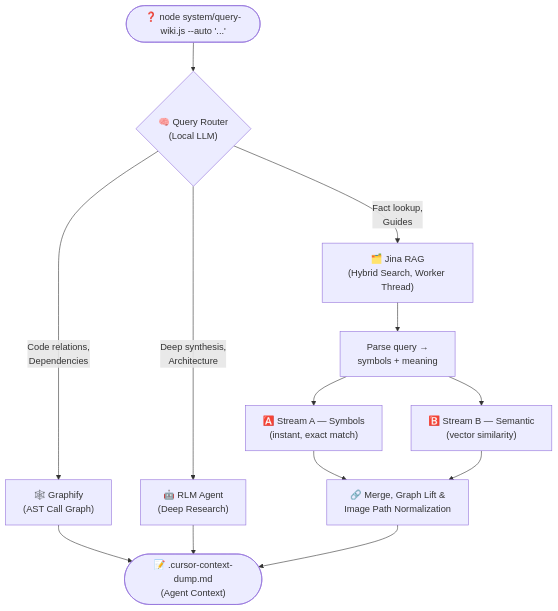
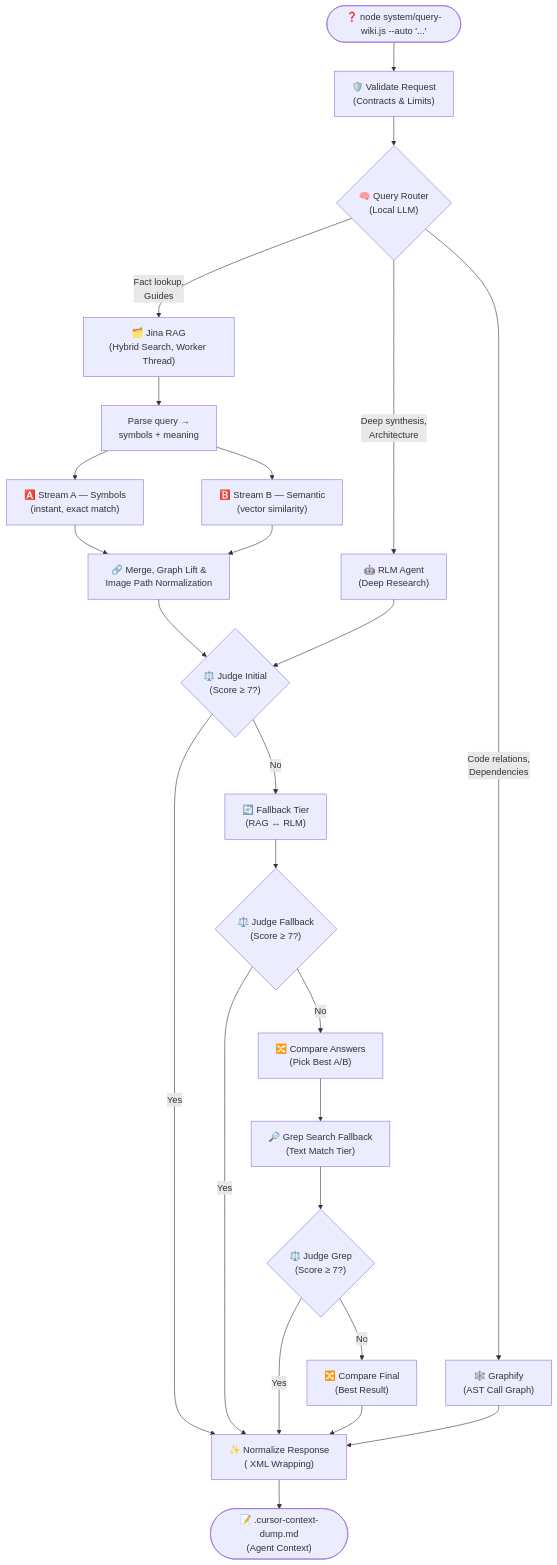
The eighth of 11 diagrams in README.md (gDavASko/DavASkoLLMWiki), drawn with Mermaid before and after one commit. The commit also changed other lines of this file and 22 other files, not shown here.

````diff
--- a/README.md
+++ b/README.md
@@ -207,15 +211,29 @@
 ```mermaid
 flowchart TD
-    Q(["❓ node system/query-wiki.js --auto '...'"]) --> ROUTER{"🧠 Query Router<br/>(Local LLM)"}
+    Q(["❓ node system/query-wiki.js --auto '...'"]) --> VAL["🛡️ Validate Request<br/>(Contracts & Limits)"]
+    VAL --> ROUTER{"🧠 Query Router<br/>(Local LLM)"}
     
     ROUTER -->|Code relations,<br/>Dependencies| G["🕸️ Graphify<br/>(AST Call Graph)"]
     ROUTER -->|Deep synthesis,<br/>Architecture| RLM["🤖 RLM Agent<br/>(Deep Research)"]
     ROUTER -->|Fact lookup,<br/>Guides| RAG["🗂️ Jina RAG<br/>(Hybrid Search, Worker Thread)"]
 
     RAG --> P["Parse query →<br/>symbols + meaning"]
     P --> A["🅰️ Stream A — Symbols<br/>(instant, exact match)"]
     P --> B["🅱️ Stream B — Semantic<br/>(vector similarity)"]
     A & B --> MERGE["🔗 Merge, Graph Lift &<br/>Image Path Normalization"]
 
-    G & RLM & MERGE --> DUMP(["📝 .cursor-context-dump.md<br/>(Agent Context)"])
+    MERGE & RLM --> J1{"⚖️ Judge Initial<br/>(Score ≥ 7?)"}
+    J1 -->|Yes| NORM["✨ Normalize Response<br/>(<document> XML Wrapping)"]
+    J1 -->|No| FB["🔄 Fallback Tier<br/>(RAG ↔ RLM)"]
+    FB --> J2{"⚖️ Judge Fallback<br/>(Score ≥ 7?)"}
+    J2 -->|Yes| NORM
+    J2 -->|No| CMP1["🔀 Compare Answers<br/>(Pick Best A/B)"]
+    CMP1 --> GREP["🔎 Grep Search Fallback<br/>(Text Match Tier)"]
+    GREP --> J3{"⚖️ Judge Grep<br/>(Score ≥ 7?)"}
+    J3 -->|Yes| NORM
+    J3 -->|No| CMP2["🔀 Compare Final<br/>(Best Result)"]
+    CMP2 --> NORM
+    G --> NORM
+
+    NORM --> DUMP(["📝 .cursor-context-dump.md<br/>(Agent Context)"])
 ```
````
